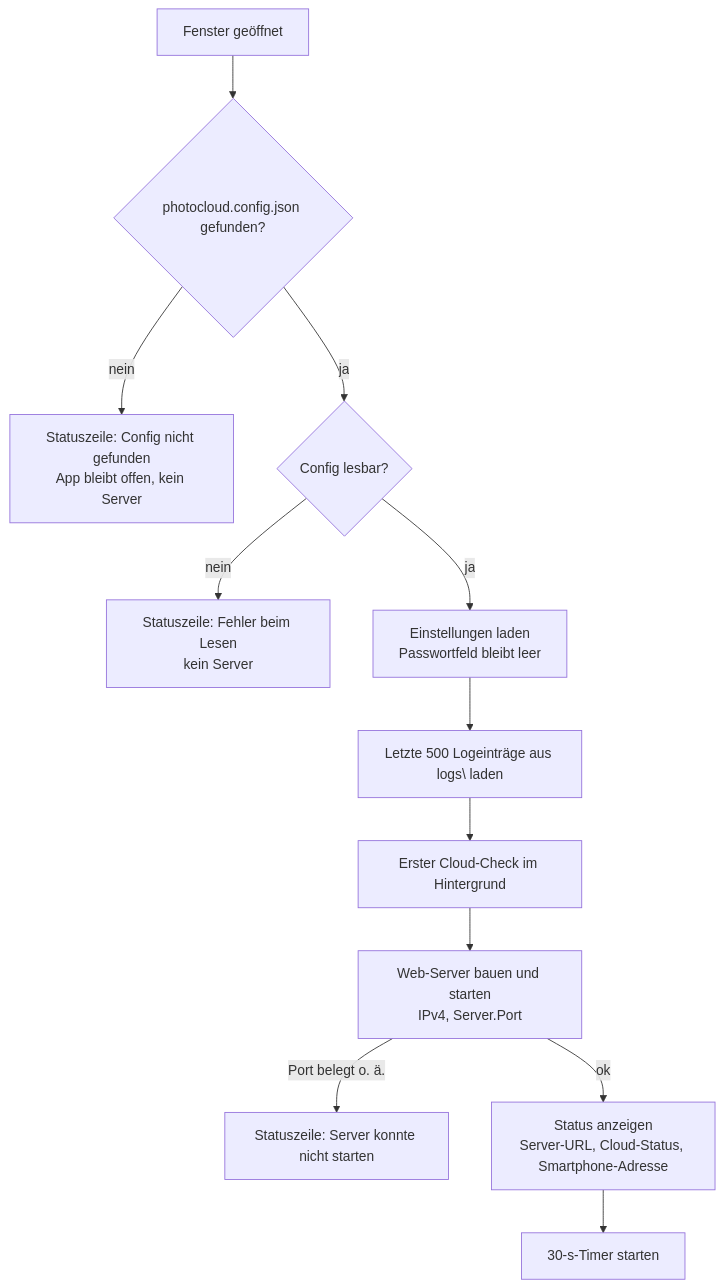
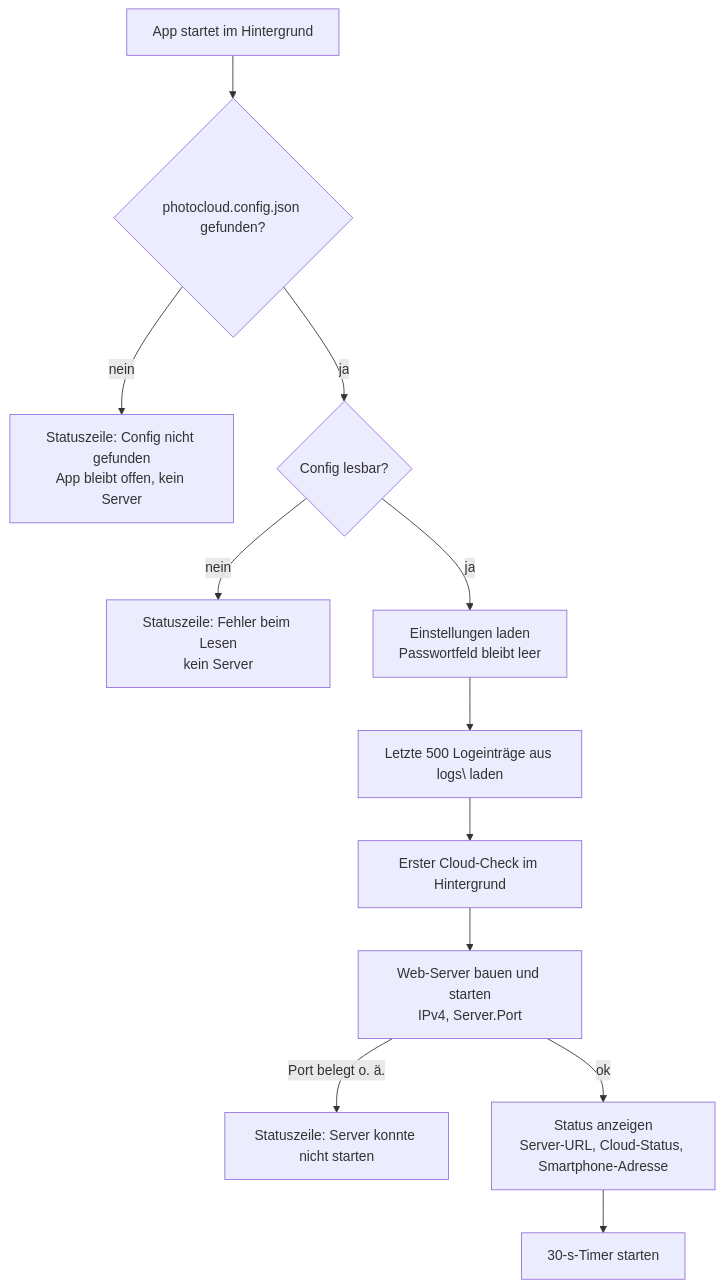
The first of 2 diagrams in documentation/app-start-und-cloud-timer.md (joehubi/photocloud), drawn with Mermaid before and after one commit. The commit also changed other lines of this file and 5 other files, not shown here.

````diff
--- a/documentation/app-start-und-cloud-timer.md
+++ b/documentation/app-start-und-cloud-timer.md
@@ -10,14 +10,14 @@
 ```mermaid
 flowchart TD
-    A[Fenster geöffnet] --> B{photocloud.config.json gefunden?}
+    A[App startet im Hintergrund] --> B{photocloud.config.json gefunden?}
     B -- nein --> E1[Statuszeile: Config nicht gefunden<br/>App bleibt offen, kein Server]
     B -- ja --> C{Config lesbar?}
     C -- nein --> E2[Statuszeile: Fehler beim Lesen<br/>kein Server]
     C -- ja --> D[Einstellungen laden<br/>Passwortfeld bleibt leer]
     D --> F[Letzte 500 Logeinträge aus logs\ laden]
     F --> G[Erster Cloud-Check im Hintergrund]
     G --> H[Web-Server bauen und starten<br/>IPv4, Server.Port]
     H -- Port belegt o. ä. --> E3[Statuszeile: Server konnte nicht starten]
     H -- ok --> I[Status anzeigen<br/>Server-URL, Cloud-Status, Smartphone-Adresse]
     I --> J[30-s-Timer starten]
 ```
````
